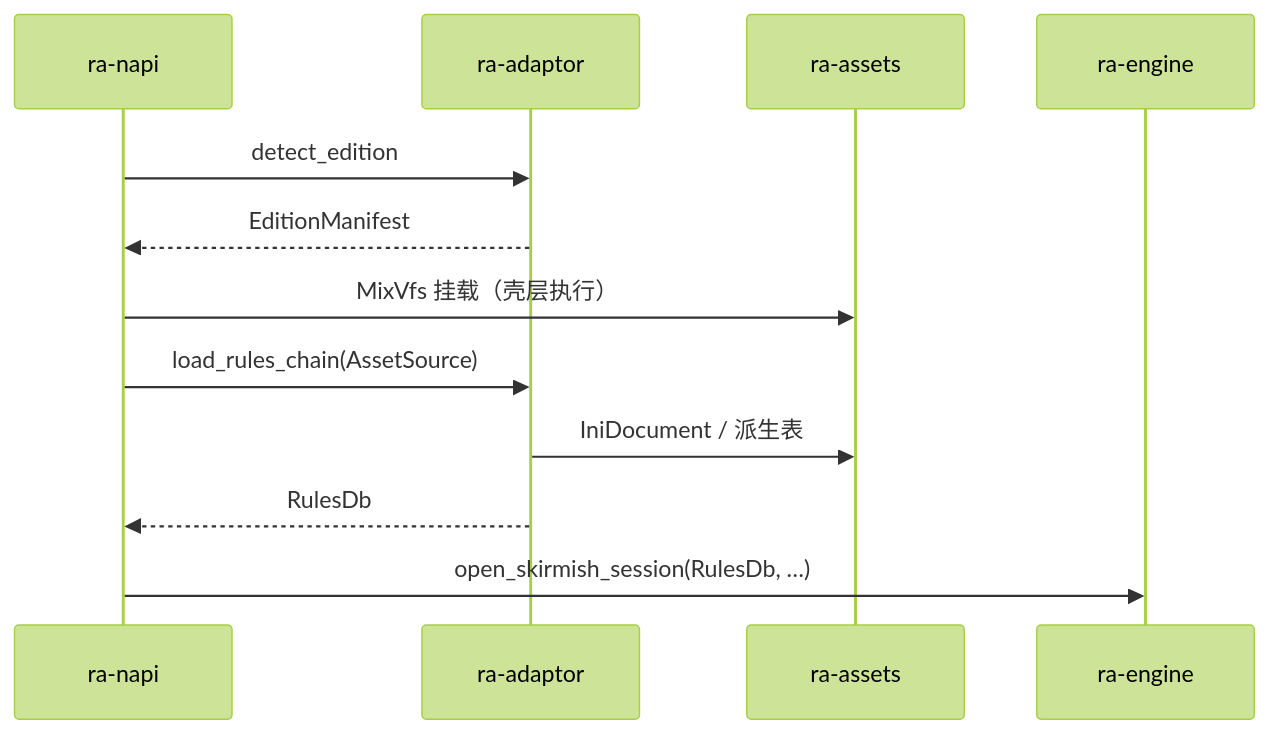
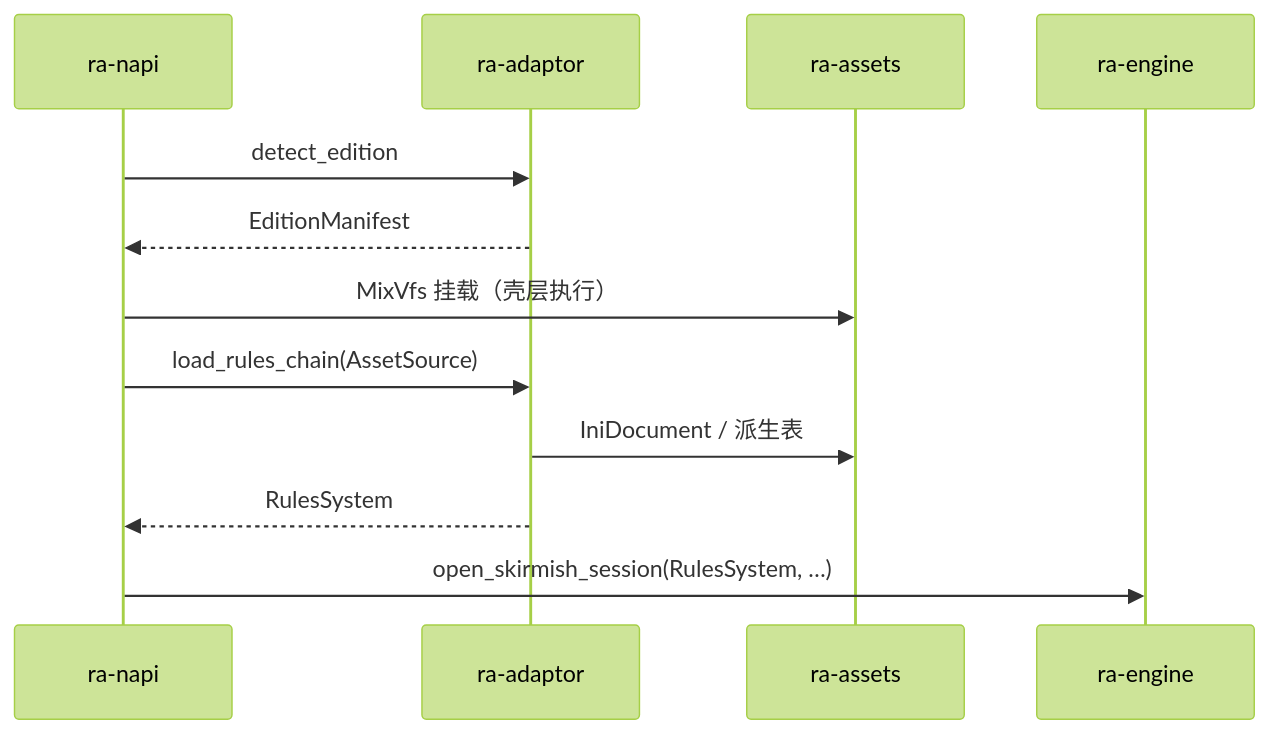
Before and after one commit to rust-alert/ra2.exe: the second of 4 diagrams in projects/adapters/ra-adaptor/readme.md, drawn with Mermaid (forest theme). The commit also changed other lines of this file and 29 other files, not shown here.

First line of the commit message:
♻️ Rename `RulesDb` to `RulesSystem`

````diff
--- a/projects/adapters/ra-adaptor/readme.md
+++ b/projects/adapters/ra-adaptor/readme.md
@@ -32,15 +32,15 @@
 ```mermaid
 sequenceDiagram
     participant Desk as ra-napi
     participant Ad as ra-adaptor
     participant As as ra-assets
     participant Eng as ra-engine
 
     Desk ->> Ad: detect_edition
     Ad -->> Desk: EditionManifest
     Desk ->> As: MixVfs 挂载（壳层执行）
     Desk ->> Ad: load_rules_chain(AssetSource)
     Ad ->> As: IniDocument / 派生表
-    Ad -->> Desk: RulesDb
-    Desk ->> Eng: open_skirmish_session(RulesDb, …)
+    Ad -->> Desk: RulesSystem
+    Desk ->> Eng: open_skirmish_session(RulesSystem, …)
 ```
````
